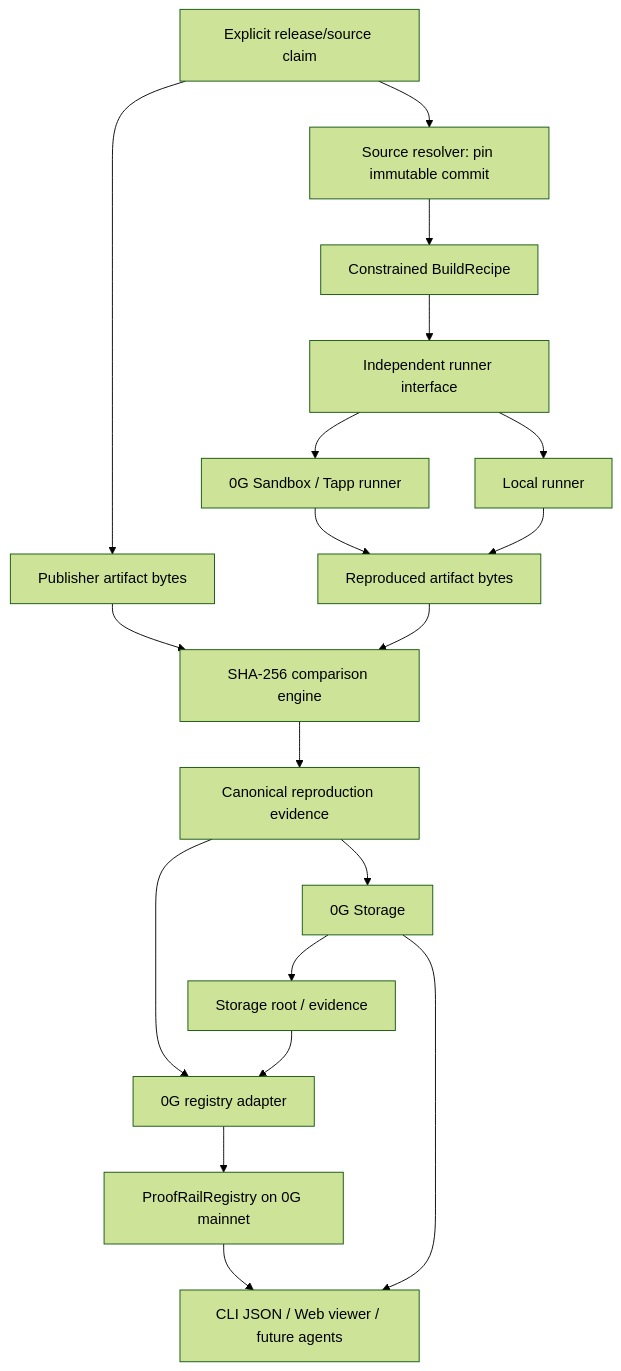
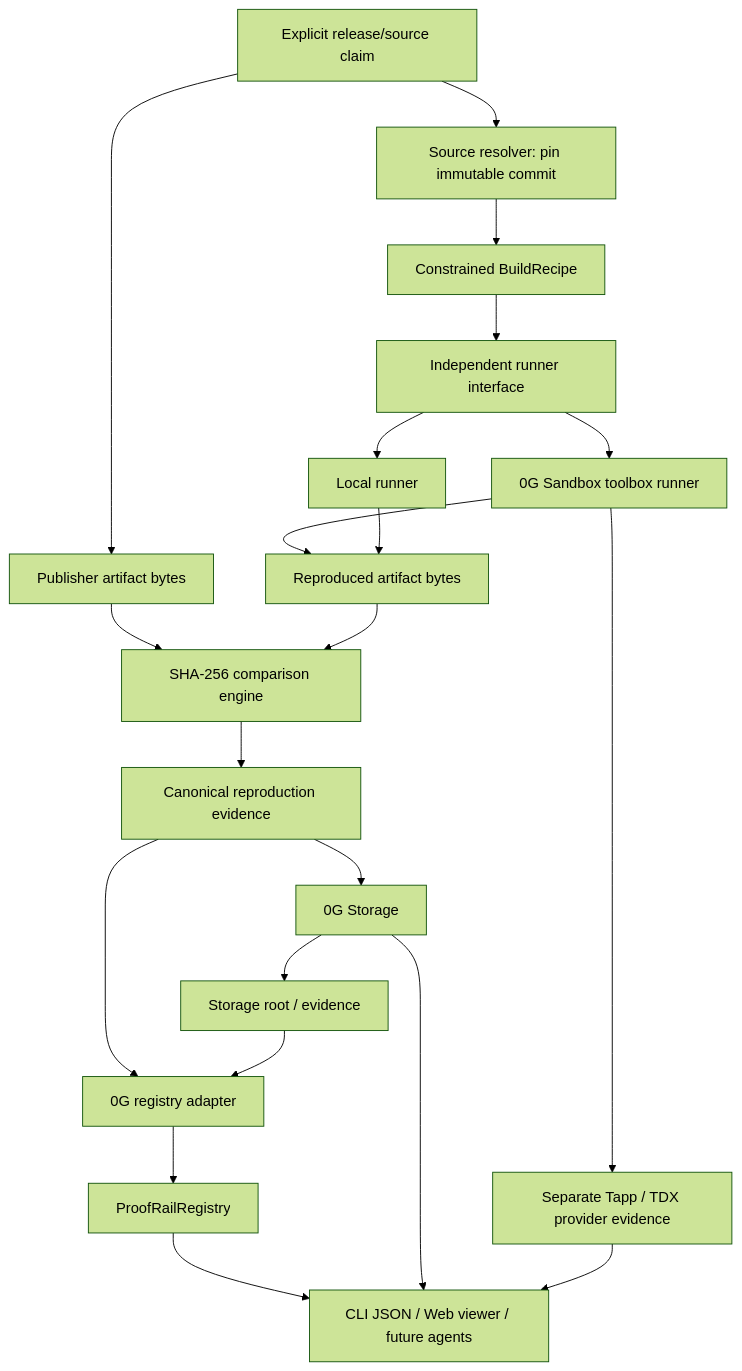
One commit to Ollie202/aegisone changed the diagram in docs/03-architecture.md. Above: the diagram before and after it, drawn with Mermaid (forest theme). The commit also changed other lines of this file and 7 other files, not shown here.

Commit message:
docs(m4): record Sandbox proof and trust boundary

````diff
--- a/docs/03-architecture.md
+++ b/docs/03-architecture.md
@@ -9,21 +9,23 @@
 ```mermaid
 flowchart TD
   A["Explicit release/source claim"] --> B["Source resolver: pin immutable commit"]
   A --> P["Publisher artifact bytes"]
   B --> C["Constrained BuildRecipe"]
   C --> D["Independent runner interface"]
   D --> D1["Local runner"]
-  D --> D2["0G Sandbox / Tapp runner"]
+  D --> D2["0G Sandbox toolbox runner"]
   D2 --> E["Reproduced artifact bytes"]
   D1 --> E
+  D2 --> T["Separate Tapp / TDX provider evidence"]
   P --> F["SHA-256 comparison engine"]
   E --> F
   F --> G["Canonical reproduction evidence"]
   G --> H["0G Storage"]
   H --> I["Storage root / evidence"]
   G --> J["0G registry adapter"]
   I --> J
-  J --> K["ProofRailRegistry on 0G mainnet"]
+  J --> K["ProofRailRegistry"]
   K --> L["CLI JSON / Web viewer / future agents"]
   H --> L
+  T --> L
 ```
````
